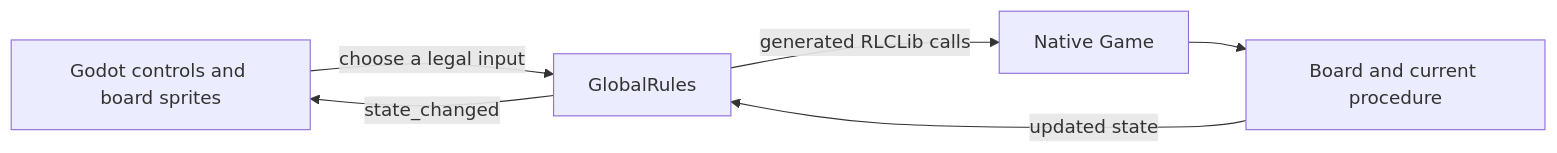
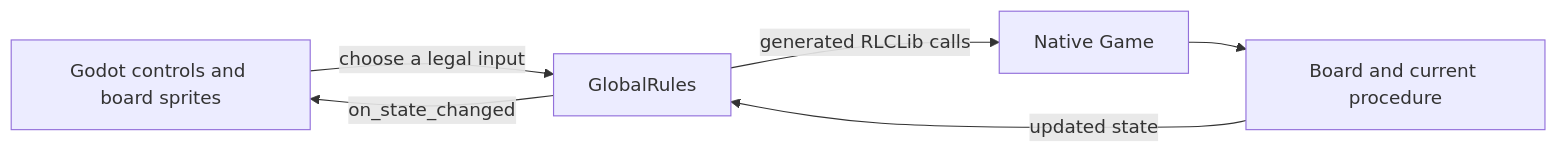
One commit to rl-language/4Hammer changed the first of 3 diagrams in doc/engine-guide.md. Above: the diagram before and after it, drawn with Mermaid. The commit also changed other lines of this file and 1 other file, not shown here.

Commit message:
Explain combat, timing, effect and procedure state with worked flows

````diff
--- a/doc/engine-guide.md
+++ b/doc/engine-guide.md
@@ -67,8 +67,8 @@
 ```mermaid
 flowchart LR
     UI[Godot controls and board sprites] -->|choose a legal input| Rules[GlobalRules]
     Rules -->|generated RLCLib calls| Game[Native Game]
     Game --> Board[Board and current procedure]
     Board -->|updated state| Rules
-    Rules -->|state_changed| UI
+    Rules -->|on_state_changed| UI
 ```
````
